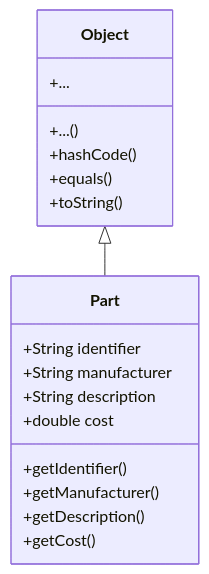
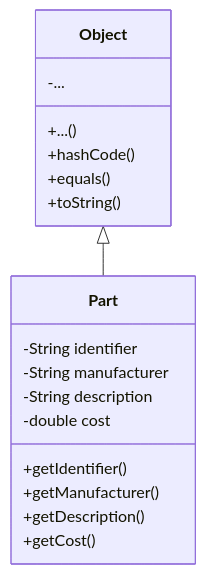
The third of 3 diagrams in 3.1_Inheritance.md (vesavvo/Object-Oriented-Programming), drawn with Mermaid before and after one commit. The commit also changed other lines of this file, not shown here.

````diff
--- a/3.1_Inheritance.md
+++ b/3.1_Inheritance.md
@@ -190,21 +190,21 @@
 ```mermaid
 classDiagram
     Object <|-- Part
 class Object {
-        +...
+        -...
         +...()
         +hashCode()
         +equals()
         +toString()
     }
     class Part {
-        +String identifier
-        +String manufacturer
-        +String description
-        +double cost
+        -String identifier
+        -String manufacturer
+        -String description
+        -double cost
         +getIdentifier()
         +getManufacturer()
         +getDescription()
         +getCost()
     }
 ```
````
